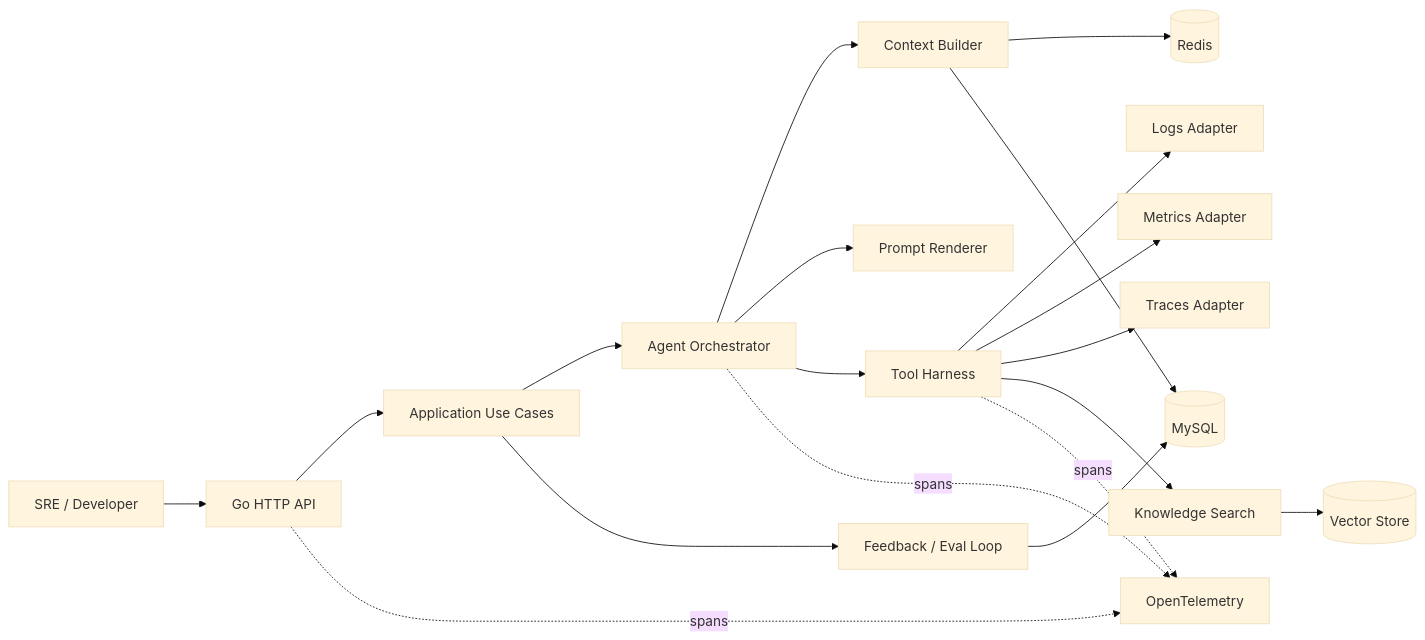
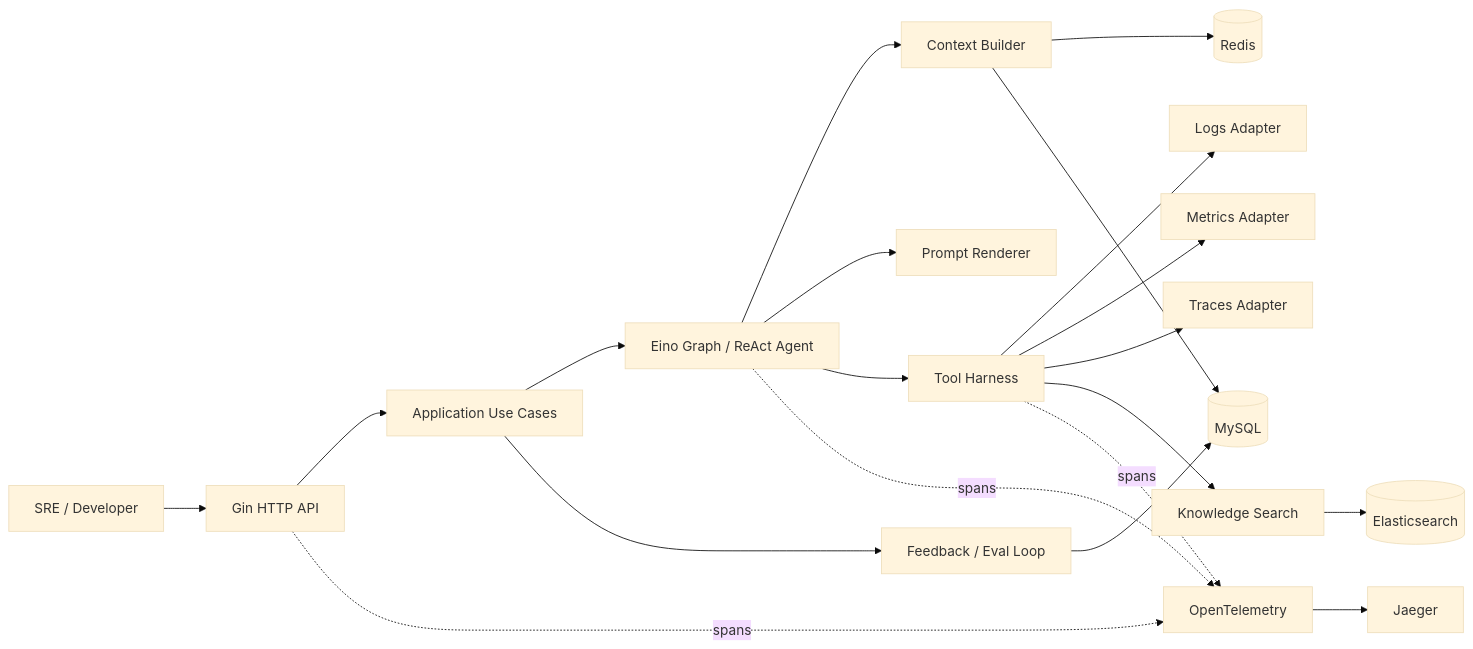
Before and after one commit to jiawei-wang-dev/WatchOps-Lite: the first of 3 diagrams in docs/ARCHITECTURE.md, drawn with Mermaid (base theme). The commit also changed other lines of this file and 5 other files, not shown here.

First line of the commit message:
docs: define framework strategy and implementation roadmap

````diff
--- a/docs/ARCHITECTURE.md
+++ b/docs/ARCHITECTURE.md
@@ -7,21 +7,22 @@
 ```mermaid
 flowchart LR
-    U["SRE / Developer"] --> API["Go HTTP API"]
+    U["SRE / Developer"] --> API["Gin HTTP API"]
     API --> APP["Application Use Cases"]
-    APP --> AGENT["Agent Orchestrator"]
+    APP --> AGENT["Eino Graph / ReAct Agent"]
     AGENT --> CTX["Context Builder"]
     AGENT --> PROMPT["Prompt Renderer"]
     AGENT --> HARNESS["Tool Harness"]
     HARNESS --> LOGS["Logs Adapter"]
     HARNESS --> METRICS["Metrics Adapter"]
     HARNESS --> TRACES["Traces Adapter"]
     HARNESS --> RAG["Knowledge Search"]
     CTX --> REDIS[("Redis")]
     CTX --> MYSQL[("MySQL")]
-    RAG --> VECTOR[("Vector Store")]
+    RAG --> ES[("Elasticsearch")]
     APP --> FEEDBACK["Feedback / Eval Loop"]
     FEEDBACK --> MYSQL
     API -. spans .-> OTEL["OpenTelemetry"]
     AGENT -. spans .-> OTEL
     HARNESS -. spans .-> OTEL
+    OTEL --> JAEGER["Jaeger"]
 ```
````
